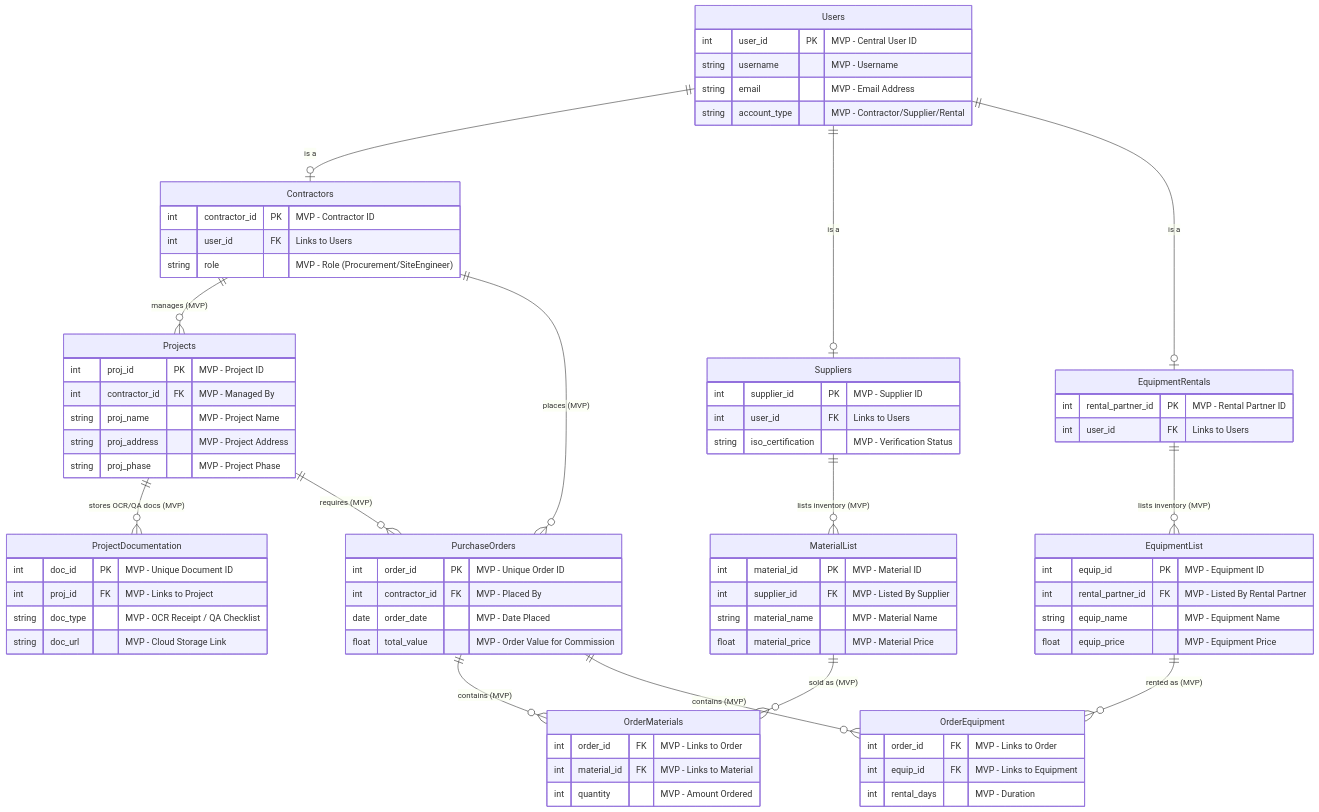
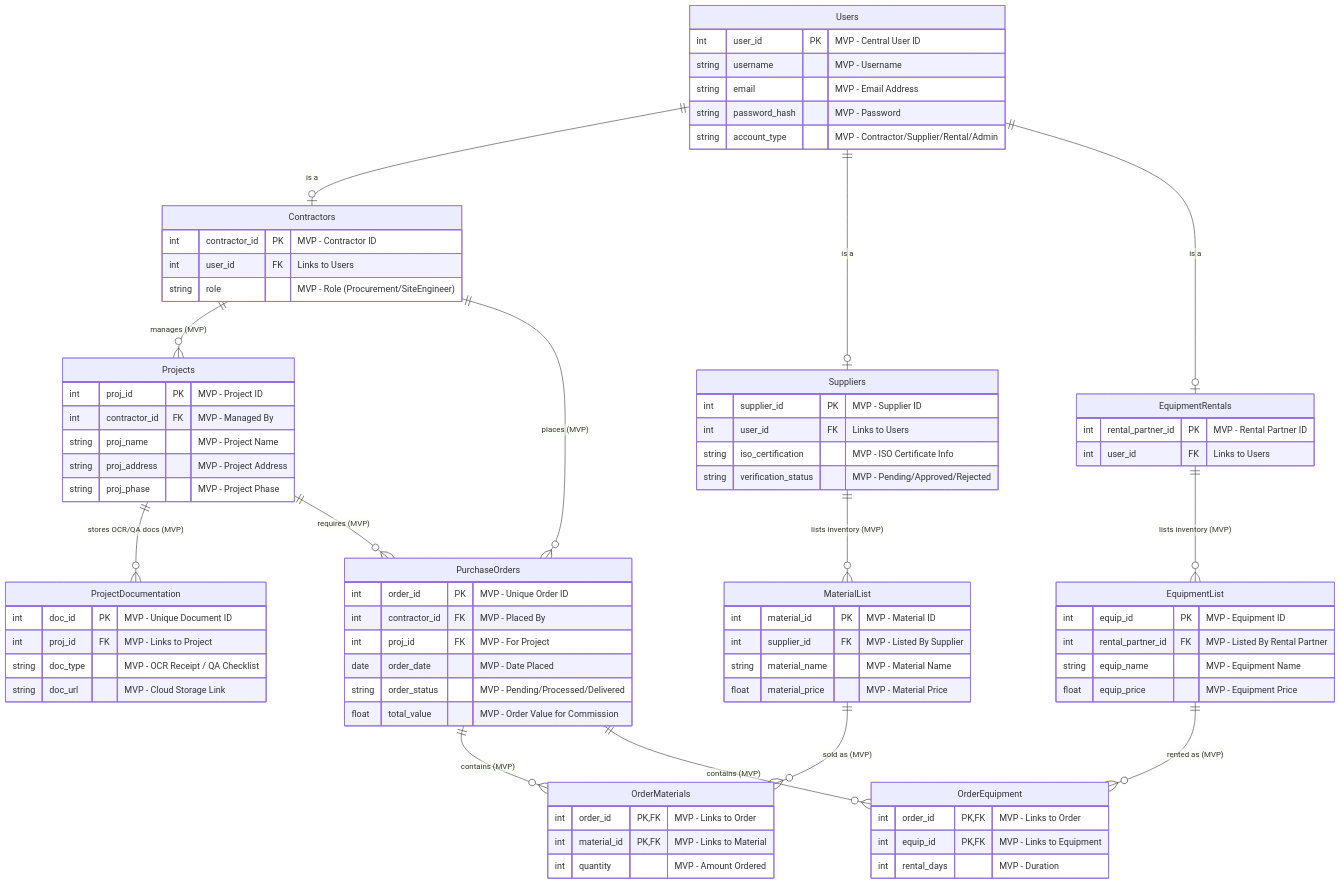
The diagram in ERDiagramMVP.md (ryanlourentino/project-flow), drawn with Mermaid before and after one commit.

```diff
--- a/ERDiagramMVP.md
+++ b/ERDiagramMVP.md
@@ -7,7 +7,8 @@
         int user_id PK "MVP - Central User ID"
         string username "MVP - Username"
         string email "MVP - Email Address"
-        string account_type "MVP - Contractor/Supplier/Rental"
+        string password_hash "MVP - Password"
+        string account_type "MVP - Contractor/Supplier/Rental/Admin"
     }
 
     %% ==========================================
@@ -22,7 +23,8 @@
     Suppliers {
         int supplier_id PK "MVP - Supplier ID"
         int user_id FK "Links to Users"
-        string iso_certification "MVP - Verification Status"
+        string iso_certification "MVP - ISO Certificate Info"
+        string verification_status "MVP - Pending/Approved/Rejected"
     }
 
     EquipmentRentals {
@@ -53,20 +55,22 @@
     PurchaseOrders {
         int order_id PK "MVP - Unique Order ID"
         int contractor_id FK "MVP - Placed By"
+        int proj_id FK "MVP - For Project"
         date order_date "MVP - Date Placed"
+        string order_status "MVP - Pending/Processed/Delivered"
         float total_value "MVP - Order Value for Commission"
     }
 
     %% Bridge Tables for Order Line Items
     OrderMaterials {
-        int order_id FK "MVP - Links to Order"
-        int material_id FK "MVP - Links to Material"
+        int order_id PK, FK "MVP - Links to Order"
+        int material_id PK, FK "MVP - Links to Material"
         int quantity "MVP - Amount Ordered"
     }
 
     OrderEquipment {
-        int order_id FK "MVP - Links to Order"
-        int equip_id FK "MVP - Links to Equipment"
+        int order_id PK, FK "MVP - Links to Order"
+        int equip_id PK, FK "MVP - Links to Equipment"
         int rental_days "MVP - Duration"
     }
 
```
